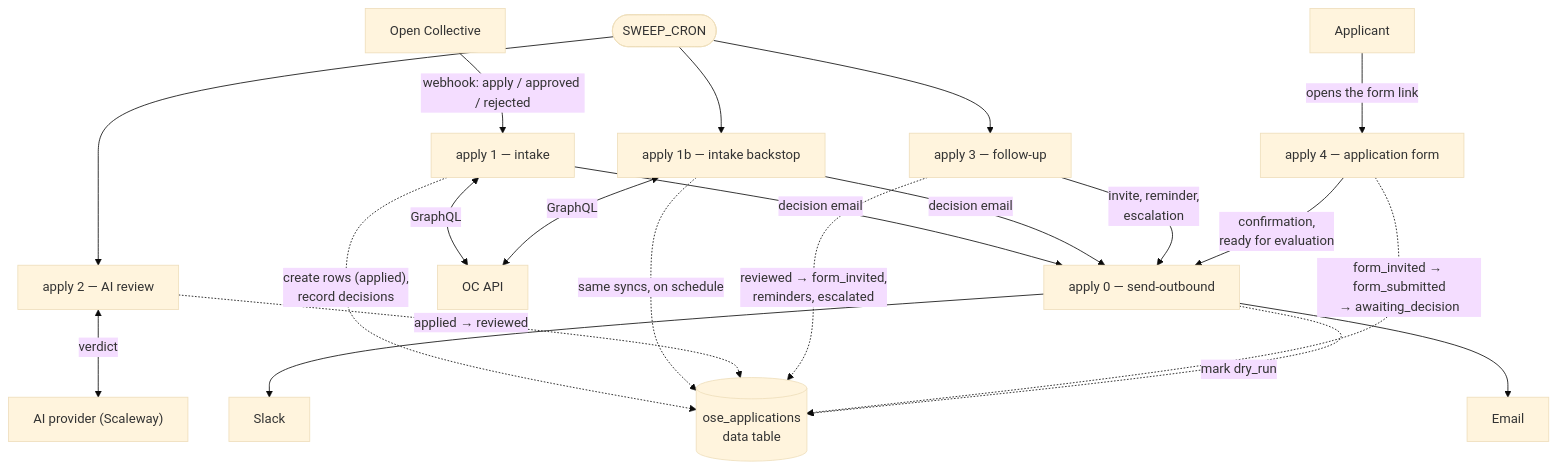
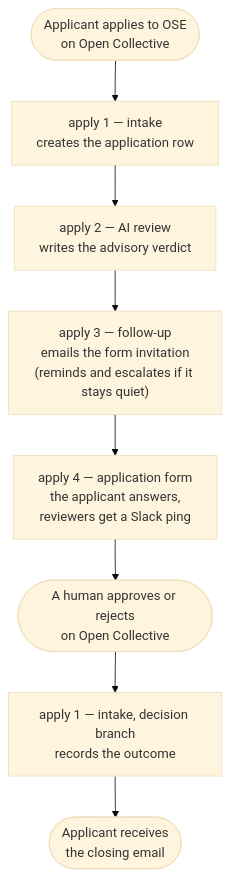
Before and after one commit to Open-Source-Europe/community: the diagram in automation/README.md, drawn with Mermaid (base theme). The commit also changed other lines of this file, not shown here.

Commit message:
docs: redraw the workflow diagram as the application's linear path
Refs #13

````diff
--- a/automation/README.md
+++ b/automation/README.md
@@ -54,34 +52,11 @@
 ```mermaid
 flowchart TD
-    OC["Open Collective"] -->|"webhook: apply / approved / rejected"| A1
-    CRON(["SWEEP_CRON"]) --> A1B
-    CRON --> A2
-    CRON --> A3
-    APPLICANT["Applicant"] -->|"opens the form link"| A4
-
-    A1["apply 1 — intake"]
-    A1B["apply 1b — intake backstop"]
-    A2["apply 2 — AI review"]
-    A3["apply 3 — follow-up"]
-    A4["apply 4 — application form"]
-    A0["apply 0 — send-outbound"]
-    DT[("ose_applications<br>data table")]
-
-    A1 -.->|"create rows (applied),<br>record decisions"| DT
-    A1B -.->|"same syncs, on schedule"| DT
-    A2 -.->|"applied → reviewed"| DT
-    A3 -.->|"reviewed → form_invited,<br>reminders, escalated"| DT
-    A4 -.->|"form_invited → form_submitted<br>→ awaiting_decision"| DT
-    A0 -.->|"mark dry_run"| DT
-
-    A1 -->|"decision email"| A0
-    A1B -->|"decision email"| A0
-    A3 -->|"invite, reminder,<br>escalation"| A0
-    A4 -->|"confirmation,<br>ready for evaluation"| A0
-
-    A1 <-->|"GraphQL"| OCAPI["OC API"]
-    A1B <-->|"GraphQL"| OCAPI
-    A2 <-->|"verdict"| AI["AI provider (Scaleway)"]
-    A0 --> MAIL["Email"]
-    A0 --> SLACK["Slack"]
+    START(["Applicant applies to OSE<br>on Open Collective"])
+    START --> A1["apply 1 — intake<br>creates the application row"]
+    A1 --> A2["apply 2 — AI review<br>writes the advisory verdict"]
+    A2 --> A3["apply 3 — follow-up<br>emails the form invitation<br>(reminds and escalates if it stays quiet)"]
+    A3 --> A4["apply 4 — application form<br>the applicant answers,<br>reviewers get a Slack ping"]
+    A4 --> HUMAN(["A human approves or rejects<br>on Open Collective"])
+    HUMAN --> A5["apply 1 — intake, decision branch<br>records the outcome"]
+    A5 --> END(["Applicant receives<br>the closing email"])
 ```
````
